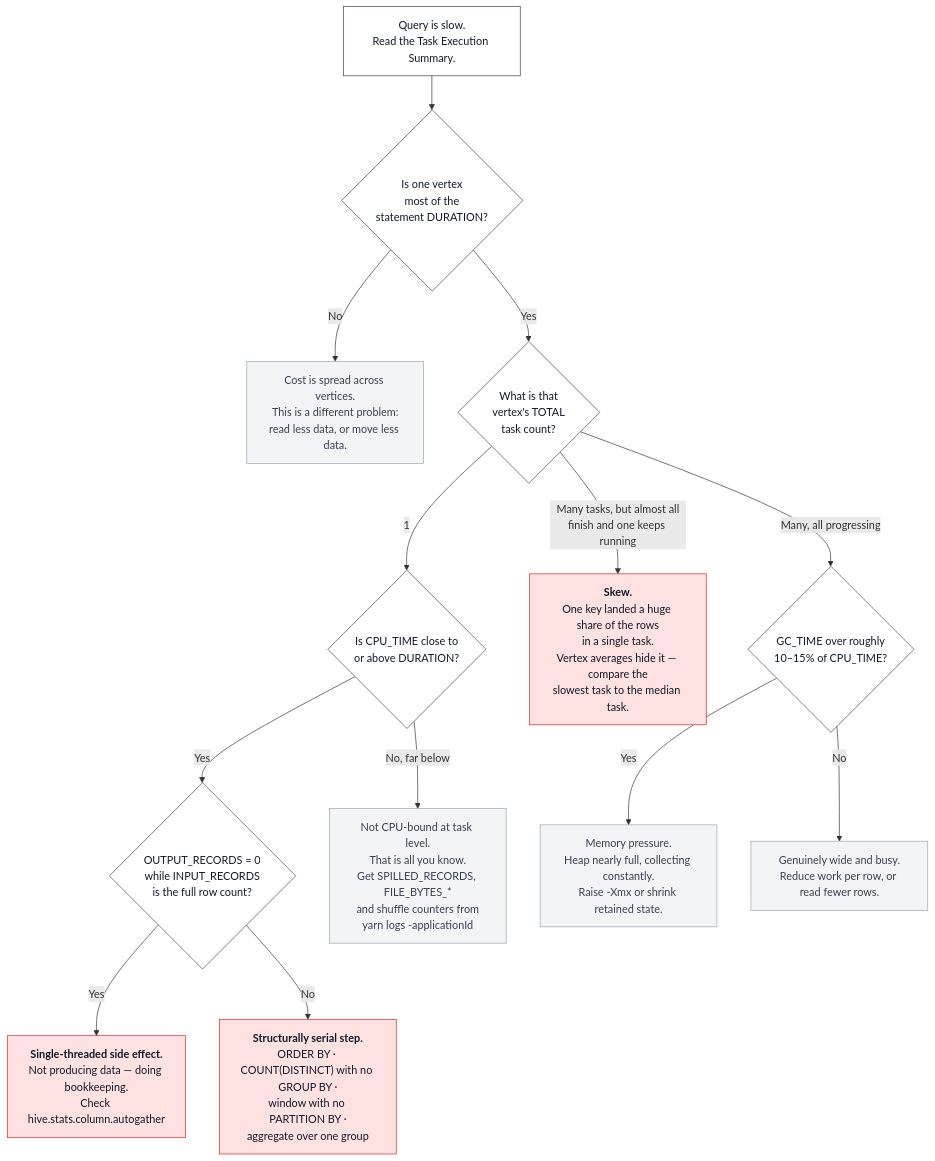
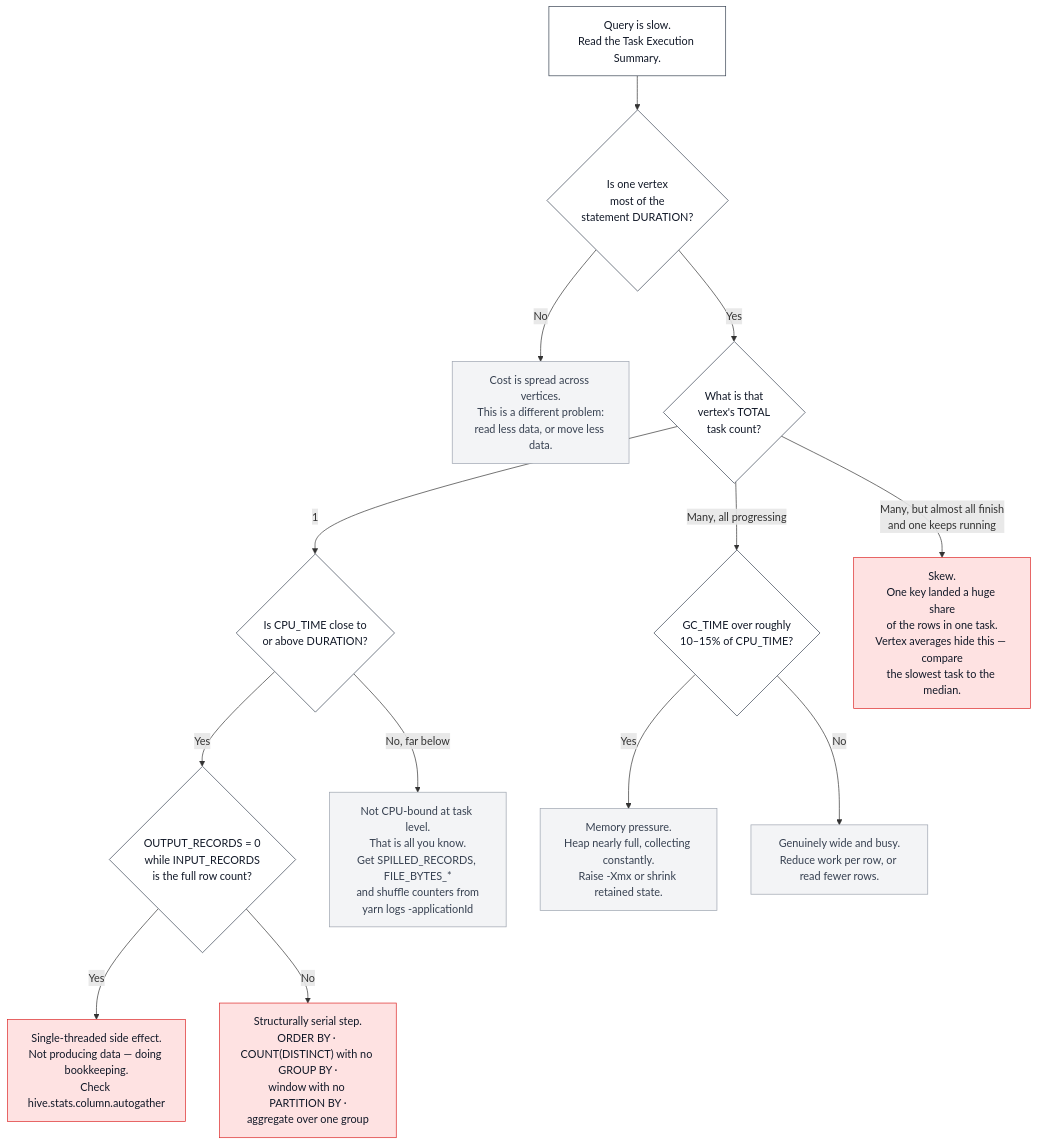
One commit to Gangothri2515/blog changed the diagram in posts/001-work-that-cannot-be-parallelised/diagrams/diagnostic-flow.mmd. Above: the diagram before and after it, drawn with Mermaid. The commit also changed 13 other files, not shown here.

```diff
--- a/posts/001-work-that-cannot-be-parallelised/diagrams/diagnostic-flow.mmd
+++ b/posts/001-work-that-cannot-be-parallelised/diagrams/diagnostic-flow.mmd
@@ -1,30 +1,30 @@
 flowchart TD
     START["Query is slow.<br/>Read the Task Execution Summary."] --> Q1
 
     Q1{"Is one vertex<br/>most of the<br/>statement DURATION?"}
     Q1 -- No --> SPREAD["Cost is spread across vertices.<br/>This is a different problem:<br/>read less data, or move less data."]
     Q1 -- Yes --> Q2
 
     Q2{"What is that<br/>vertex's TOTAL<br/>task count?"}
     Q2 -- "1" --> Q3
-    Q2 -- "Many tasks, but almost all<br/>finish and one keeps running" --> SKEW["<b>Skew.</b><br/>One key landed a huge share of the rows<br/>in a single task.<br/>Vertex averages hide it — compare the<br/>slowest task to the median task."]
     Q2 -- "Many, all progressing" --> Q5
+    Q2 -- "Many, but almost all finish<br/>and one keeps running" --> SKEW["Skew.<br/>One key landed a huge share<br/>of the rows in one task.<br/>Vertex averages hide this — compare<br/>the slowest task to the median."]
 
     Q3{"Is CPU_TIME close to<br/>or above DURATION?"}
     Q3 -- Yes --> Q4
     Q3 -- "No, far below" --> NOTCPU["Not CPU-bound at task level.<br/>That is all you know.<br/>Get SPILLED_RECORDS, FILE_BYTES_*<br/>and shuffle counters from<br/>yarn logs -applicationId"]
 
     Q4{"OUTPUT_RECORDS = 0<br/>while INPUT_RECORDS<br/>is the full row count?"}
-    Q4 -- Yes --> SIDEEFFECT["<b>Single-threaded side effect.</b><br/>Not producing data — doing bookkeeping.<br/>Check hive.stats.column.autogather"]
-    Q4 -- No --> SERIAL["<b>Structurally serial step.</b><br/>ORDER BY · COUNT(DISTINCT) with no GROUP BY ·<br/>window with no PARTITION BY ·<br/>aggregate over one group"]
+    Q4 -- Yes --> SIDEEFFECT["Single-threaded side effect.<br/>Not producing data — doing bookkeeping.<br/>Check hive.stats.column.autogather"]
+    Q4 -- No --> SERIAL["Structurally serial step.<br/>ORDER BY · COUNT(DISTINCT) with no GROUP BY ·<br/>window with no PARTITION BY ·<br/>aggregate over one group"]
 
     Q5{"GC_TIME over roughly<br/>10–15% of CPU_TIME?"}
     Q5 -- Yes --> MEM["Memory pressure.<br/>Heap nearly full, collecting constantly.<br/>Raise -Xmx or shrink retained state."]
     Q5 -- No --> WIDE["Genuinely wide and busy.<br/>Reduce work per row, or read fewer rows."]
 
     classDef answer fill:#fee2e2,stroke:#dc2626,color:#111827
     classDef neutral fill:#f3f4f6,stroke:#9ca3af,color:#374151
     classDef q fill:#ffffff,stroke:#374151,color:#111827
     class SIDEEFFECT,SERIAL,SKEW answer
     class SPREAD,NOTCPU,MEM,WIDE neutral
     class Q1,Q2,Q3,Q4,Q5,START q
```
